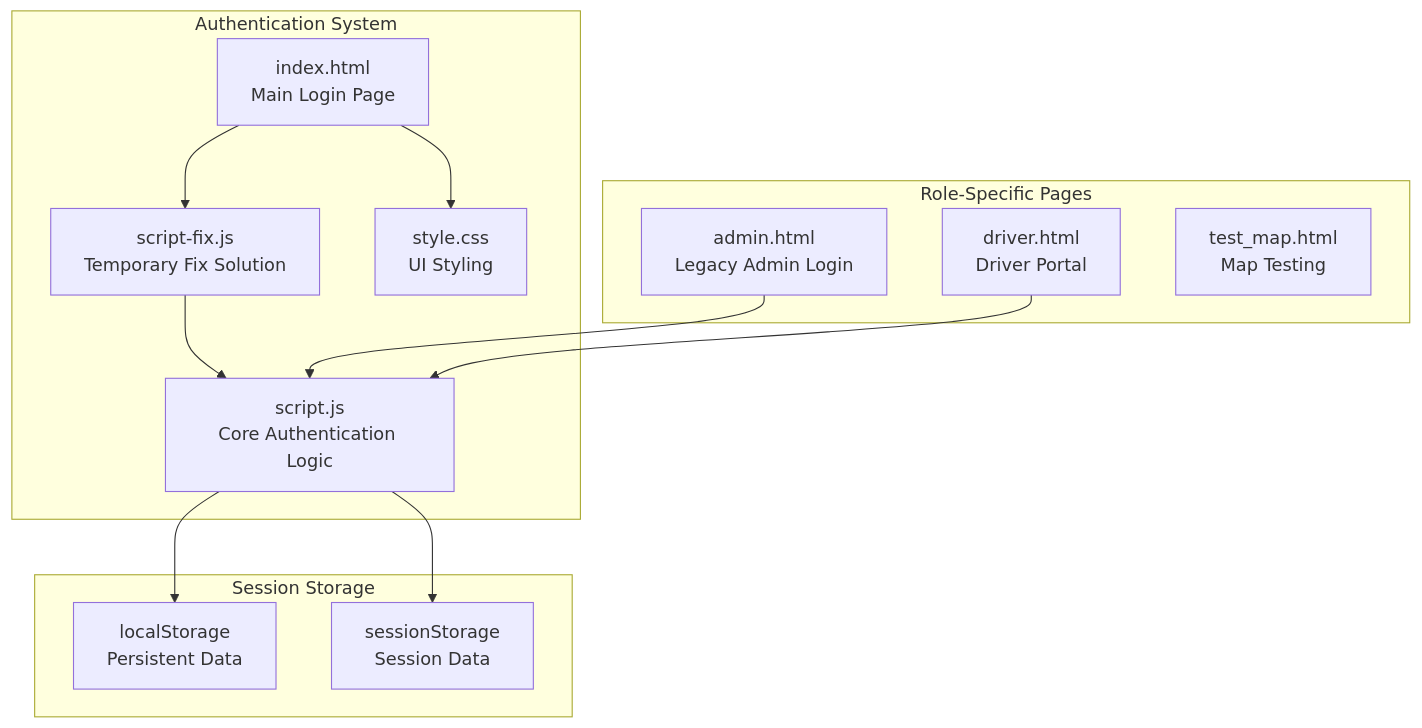
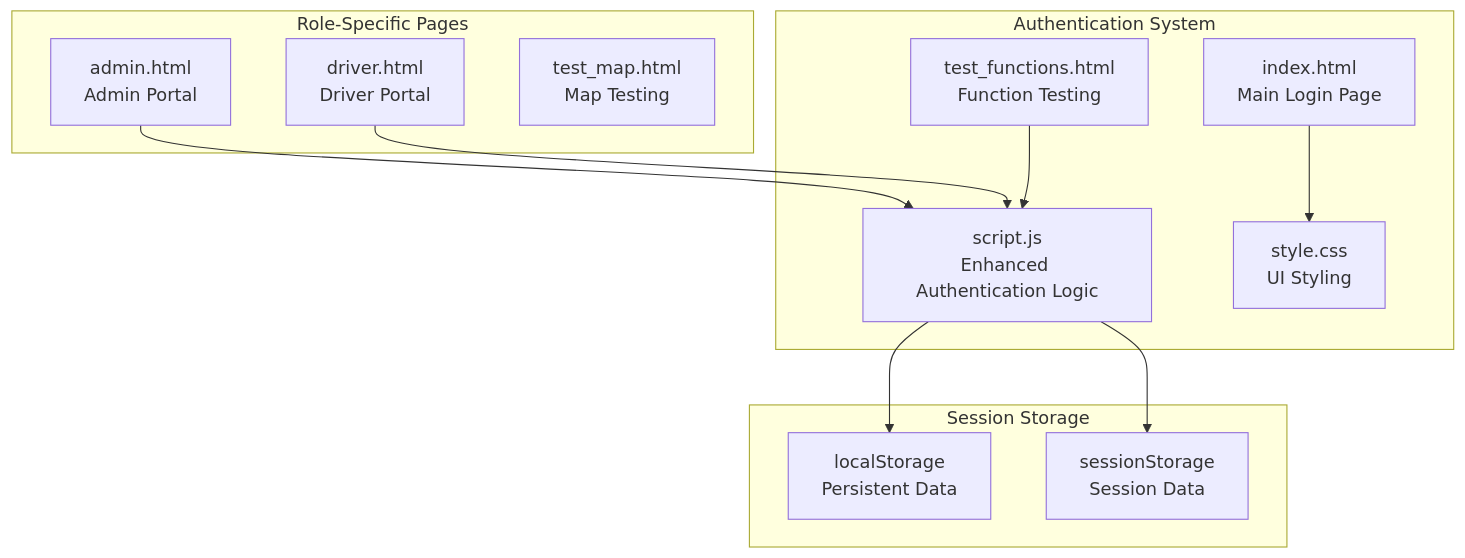
One commit to Rehanpatel3858/BusTrack-Pro changed the first of 11 diagrams in .qoder/repowiki/en/content/Authentication System.md. Above: the diagram before and after it, drawn with Mermaid. The commit also changed other lines of this file and 3 other files, not shown here.

````diff
--- a/.qoder/repowiki/en/content/Authentication System.md
+++ b/.qoder/repowiki/en/content/Authentication System.md
@@ -46,25 +47,24 @@
 ```mermaid
 graph TB
 subgraph "Authentication System"
 Index[index.html<br/>Main Login Page]
-ScriptFix[script-fix.js<br/>Temporary Fix Solution]
-Script[script.js<br/>Core Authentication Logic]
+Script[script.js<br/>Enhanced Authentication Logic]
 Style[style.css<br/>UI Styling]
+TestFunctions[test_functions.html<br/>Function Testing]
 end
 subgraph "Role-Specific Pages"
-Admin[admin.html<br/>Legacy Admin Login]
+Admin[admin.html<br/>Admin Portal]
 Driver[driver.html<br/>Driver Portal]
-Test[test_map.html<br/>Map Testing]
+TestMap[test_map.html<br/>Map Testing]
 end
 subgraph "Session Storage"
 Local[localStorage<br/>Persistent Data]
 Session[sessionStorage<br/>Session Data]
 end
-Index --> ScriptFix
-ScriptFix --> Script
 Script --> Local
 Script --> Session
 Index --> Style
 Admin --> Script
 Driver --> Script
+TestFunctions --> Script
 ```
````
